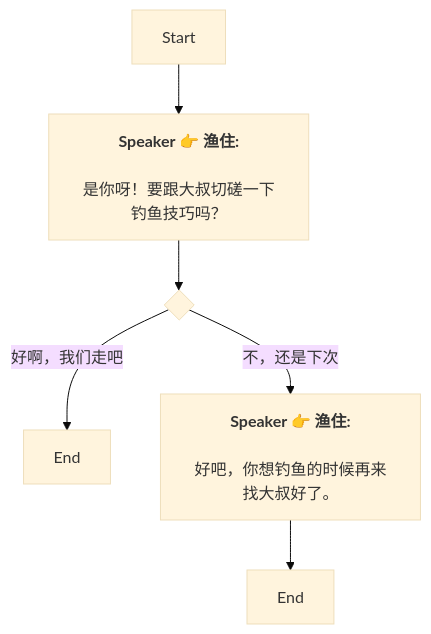
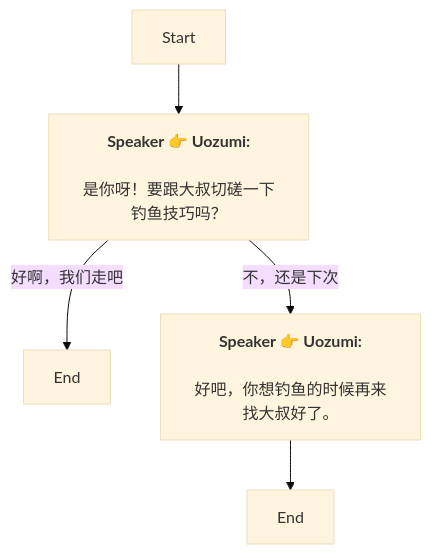
The diagram in Zh/QuestTalkObjectiveNode_1754464098372141.md (SoftHu/tos_avg), drawn with Mermaid (base theme) before and after one commit. The commit also changed 737 other files, not shown here.

````diff
--- a/Zh/QuestTalkObjectiveNode_1754464098372141.md
+++ b/Zh/QuestTalkObjectiveNode_1754464098372141.md
@@ -1,13 +1,10 @@
 ```mermaid
 graph
-Start -->1754467395861049[<b>Speaker 👉 渔住:</b>
-
-是你呀！要跟大叔切磋一下钓鱼技巧吗？]
-1754467395861049 -->1754467395861052{ }
-1754467395861052 -->|好啊，我们走吧|1754467395861053[End]
-1754467395861052 -->|不，还是下次|1754467395861054[<b>Speaker 👉 渔住:</b>
-
-好吧，你想钓鱼的时候再来找大叔好了。]
+Start -->1754467395861049[<b>Speaker 👉 Uozumi:</b>
+\n是你呀！要跟大叔切磋一下钓鱼技巧吗？]
+1754467395861049 -->|好啊，我们走吧|1754467395861053[End]
+1754467395861049 -->|不，还是下次|1754467395861054[<b>Speaker 👉 Uozumi:</b>
+\n好吧，你想钓鱼的时候再来找大叔好了。]
 1754467395861054 -->1754467395861055[End]
 
- ```
+```
````
